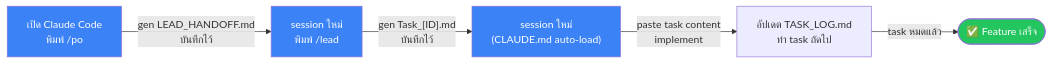
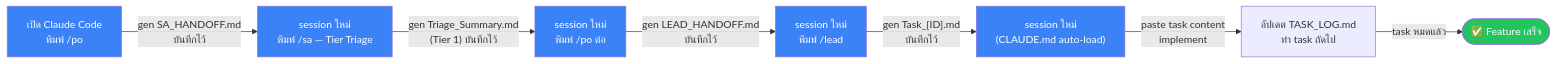
One commit to sarawuth-pimsai/sdlc-playbook changed the ninth of 9 diagrams in docs/WORKFLOW_OVERVIEW.md. Above: the diagram before and after it, drawn with Mermaid. The commit also changed other lines of this file and 10 other files, not shown here.

````diff
--- a/docs/WORKFLOW_OVERVIEW.md
+++ b/docs/WORKFLOW_OVERVIEW.md
@@ -273,15 +315,19 @@
 ```mermaid
 flowchart LR
-    S1["เปิด Claude Code\nพิมพ์ /po"] -->|"gen LEAD_HANDOFF.md\nบันทึกไว้"| S2
-    S2["session ใหม่\nพิมพ์ /lead"] -->|"gen Task_[ID].md\nบันทึกไว้"| S3
-    S3["session ใหม่\n(CLAUDE.md auto-load)"] -->|"paste task content\nimplement"| S4
-    S4["อัปเดต TASK_LOG.md\nทำ task ถัดไป"] -->|"task หมดแล้ว"| DONE
+    S1["เปิด Claude Code\nพิมพ์ /po"] -->|"gen SA_HANDOFF.md\nบันทึกไว้"| S2
+    S2["session ใหม่\nพิมพ์ /sa — Tier Triage"] -->|"gen Triage_Summary.md\n(Tier 1) บันทึกไว้"| S3
+    S3["session ใหม่\nพิมพ์ /po ต่อ"] -->|"gen LEAD_HANDOFF.md\nบันทึกไว้"| S4
+    S4["session ใหม่\nพิมพ์ /lead"] -->|"gen Task_[ID].md\nบันทึกไว้"| S5
+    S5["session ใหม่\n(CLAUDE.md auto-load)"] -->|"paste task content\nimplement"| S6
+    S6["อัปเดต TASK_LOG.md\nทำ task ถัดไป"] -->|"task หมดแล้ว"| DONE
 
     S1:::role
     S2:::role
     S3:::role
+    S4:::role
+    S5:::role
     DONE([✅ Feature เสร็จ])
 
     classDef role fill:#3b82f6,color:#fff
     style DONE fill:#22c55e,color:#fff
 ```
````
